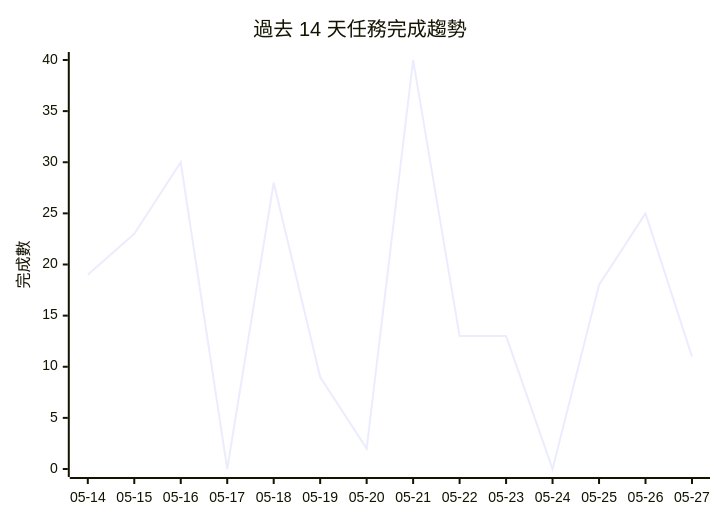
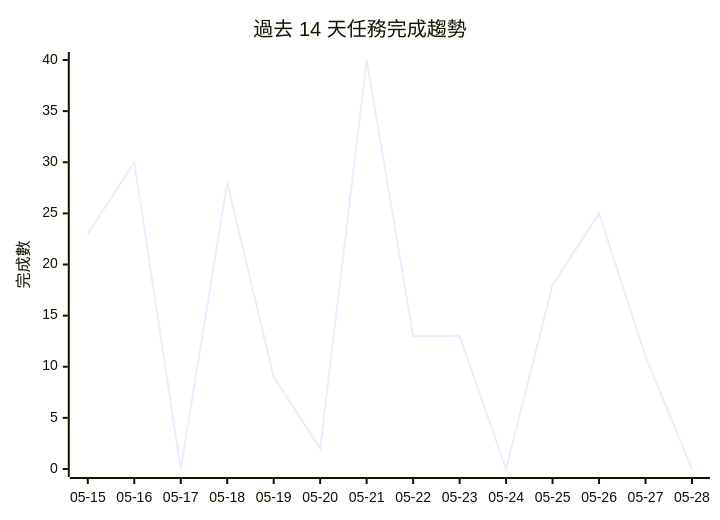
The diagram in README.md (openclawchen8-lgtm/openclawchen8-lgtm), drawn with Mermaid before and after one commit. The commit also changed other lines of this file, not shown here.

````diff
--- a/README.md
+++ b/README.md
@@ -166,7 +178,7 @@
 ```mermaid
 xychart-beta
     title "過去 14 天任務完成趨勢"
-    x-axis ["05-14", "05-15", "05-16", "05-17", "05-18", "05-19", "05-20", "05-21", "05-22", "05-23", "05-24", "05-25", "05-26", "05-27"]
+    x-axis ["05-15", "05-16", "05-17", "05-18", "05-19", "05-20", "05-21", "05-22", "05-23", "05-24", "05-25", "05-26", "05-27", "05-28"]
     y-axis "完成數" 0 --> 40
-    line [19, 23, 30, 0, 28, 9, 2, 40, 13, 13, 0, 18, 25, 11]
+    line [23, 30, 0, 28, 9, 2, 40, 13, 13, 0, 18, 25, 11, 0]
 ```
````
